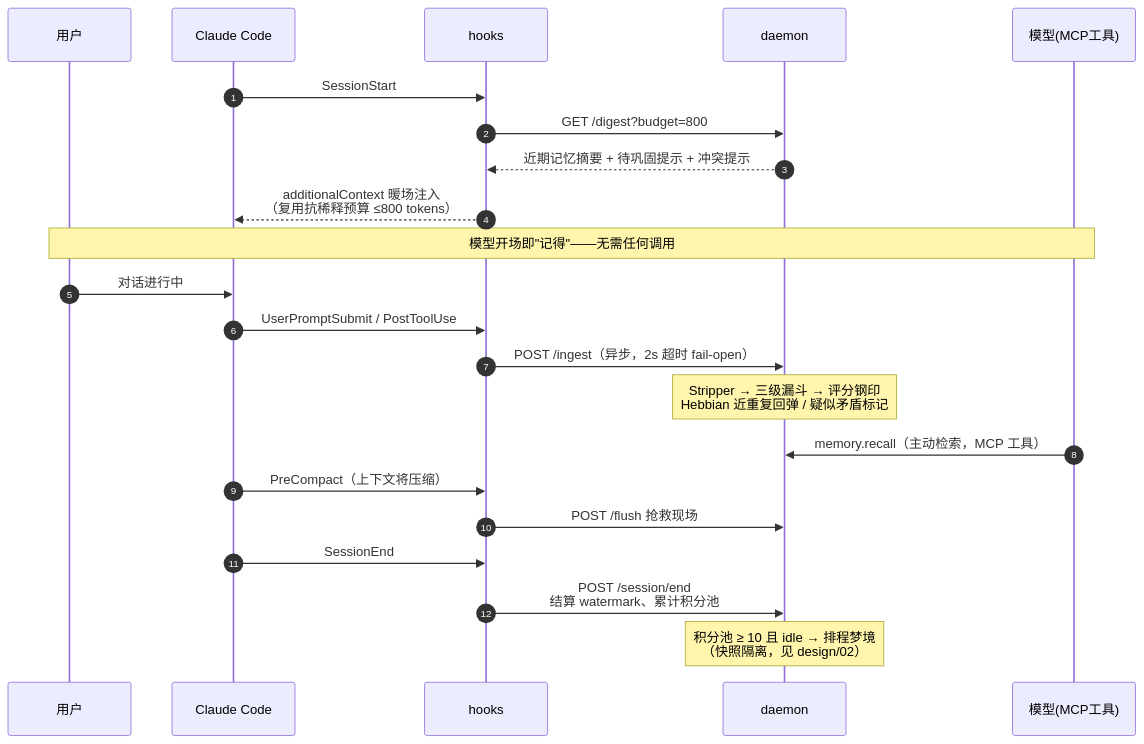
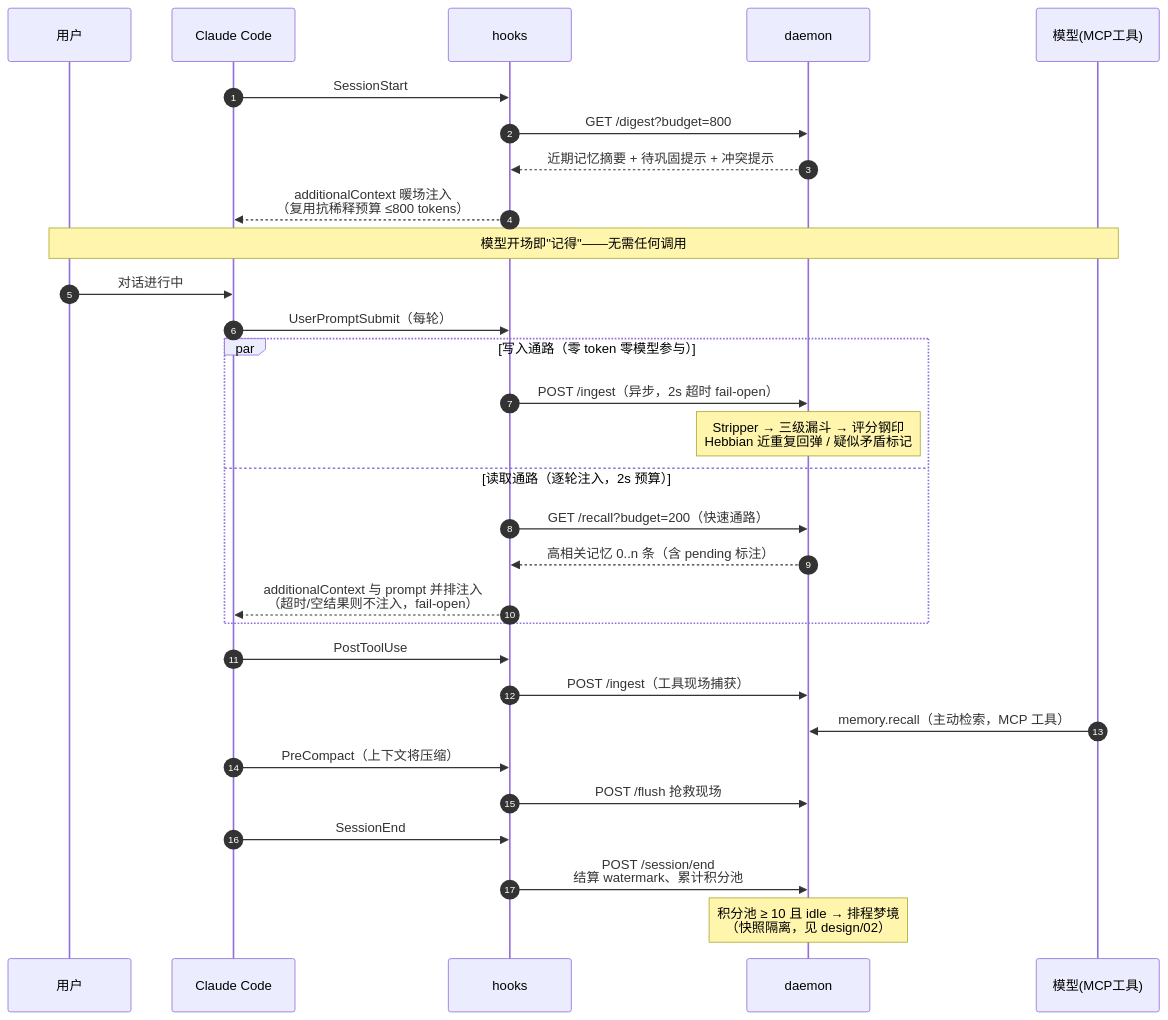
One commit to MnemoSeed/mnemoseed changed the fifth of 5 diagrams in docs/design/06-接入与安装体验.md. Above: the diagram before and after it, drawn with Mermaid. The commit also changed other lines of this file and 2 other files, not shown here.

````diff
--- a/docs/design/06-接入与安装体验.md
+++ b/docs/design/06-接入与安装体验.md
@@ -174,25 +216,33 @@
 ```mermaid
 sequenceDiagram
     autonumber
     participant U as 用户
     participant CC as Claude Code
     participant HK as hooks
     participant D as daemon
     participant M as 模型(MCP工具)
 
     CC->>HK: SessionStart
     HK->>D: GET /digest?budget=800
     D-->>HK: 近期记忆摘要 + 待巩固提示 + 冲突提示
     HK-->>CC: additionalContext 暖场注入<br/>（复用抗稀释预算 ≤800 tokens）
     Note over U,M: 模型开场即"记得"——无需任何调用
     U->>CC: 对话进行中
-    CC->>HK: UserPromptSubmit / PostToolUse
-    HK->>D: POST /ingest（异步，2s 超时 fail-open）
-    Note over D: Stripper → 三级漏斗 → 评分钢印<br/>Hebbian 近重复回弹 / 疑似矛盾标记
+    CC->>HK: UserPromptSubmit（每轮）
+    par 写入通路（零 token 零模型参与）
+        HK->>D: POST /ingest（异步，2s 超时 fail-open）
+        Note over D: Stripper → 三级漏斗 → 评分钢印<br/>Hebbian 近重复回弹 / 疑似矛盾标记
+    and 读取通路（逐轮注入，2s 预算）
+        HK->>D: GET /recall?budget=200（快速通路）
+        D-->>HK: 高相关记忆 0..n 条（含 pending 标注）
+        HK-->>CC: additionalContext 与 prompt 并排注入<br/>（超时/空结果则不注入，fail-open）
+    end
+    CC->>HK: PostToolUse
+    HK->>D: POST /ingest（工具现场捕获）
     M->>D: memory.recall（主动检索，MCP 工具）
     CC->>HK: PreCompact（上下文将压缩）
     HK->>D: POST /flush 抢救现场
     CC->>HK: SessionEnd
     HK->>D: POST /session/end<br/>结算 watermark、累计积分池
     Note over D: 积分池 ≥ 10 且 idle → 排程梦境<br/>（快照隔离，见 design/02）
 ```
````
